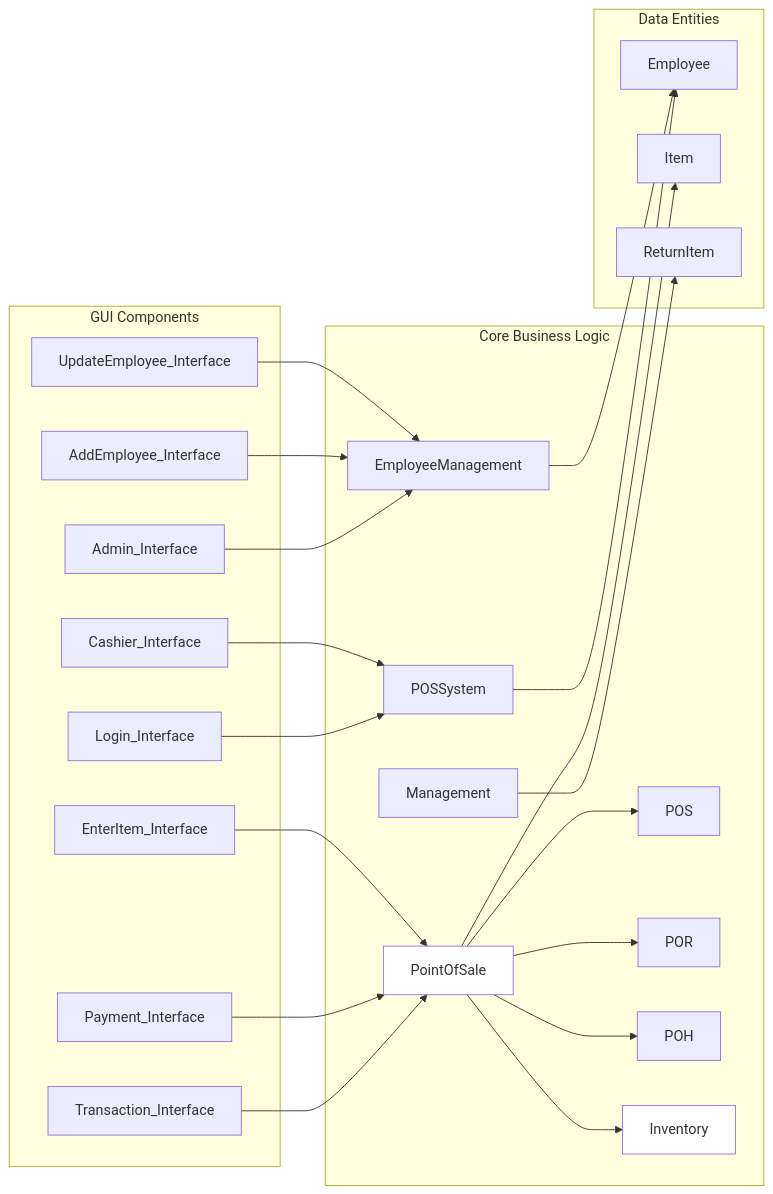
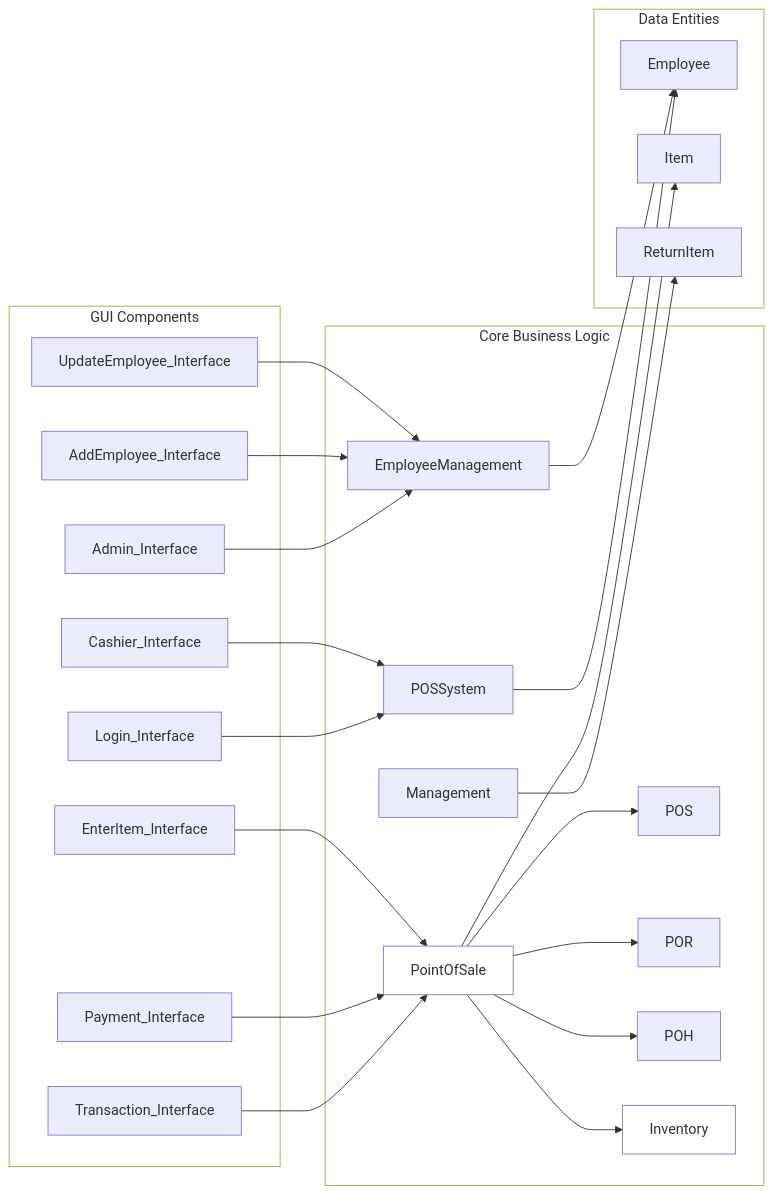
Before and after one commit to MasterOz786/Re-Engineering-POS: the second of 23 diagrams in legacy/DIAGRAMS.md, drawn with Mermaid. The commit also changed other lines of this file, not shown here.

Commit message:
Add white background styles to all subgraphs in diagrams

````diff
--- a/legacy/DIAGRAMS.md
+++ b/legacy/DIAGRAMS.md
@@ -84,51 +88,54 @@
 ```mermaid
 graph LR
-    subgraph "GUI Components"
+    subgraph INIT5["GUI Components"]
         A[Login_Interface]
         B[Cashier_Interface]
         C[Admin_Interface]
         D[Transaction_Interface]
         E[Payment_Interface]
         F[EnterItem_Interface]
         G[AddEmployee_Interface]
         H[UpdateEmployee_Interface]
     end
     
-    subgraph "Core Business Logic"
+    subgraph INIT6["Core Business Logic"]
         I[POSSystem]
         J[EmployeeManagement]
         K[PointOfSale]
         L[POS]
         M[POR]
         N[POH]
         O[Inventory]
         P[Management]
     end
     
-    subgraph "Data Entities"
+    subgraph INIT7["Data Entities"]
         Q[Employee]
         R[Item]
         S[ReturnItem]
     end
     
     A --> I
     B --> I
     C --> J
     D --> K
     E --> K
     F --> K
     G --> J
     H --> J
     
     I --> Q
     J --> Q
     K --> L
     K --> M
     K --> N
     K --> O
     K --> R
     P --> S
     
     style O fill:#ffffff
     style K fill:#ffffff
+    style INIT5 fill:#ffffff
+    style INIT6 fill:#ffffff
+    style INIT7 fill:#ffffff
 ```
````
